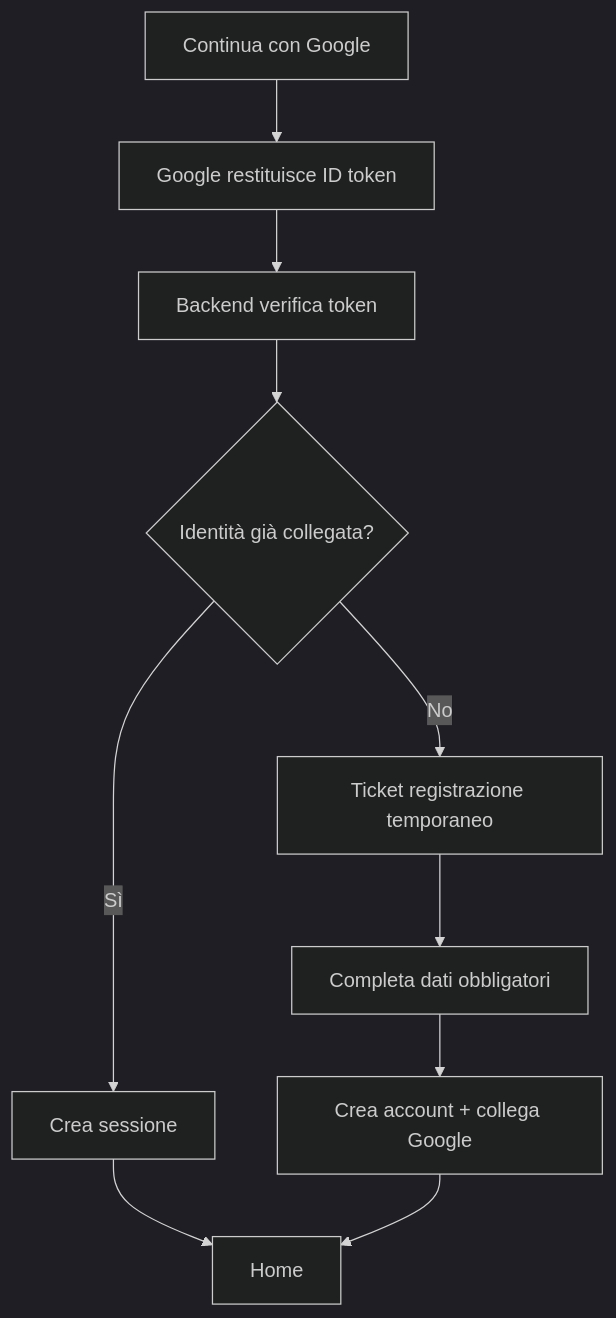
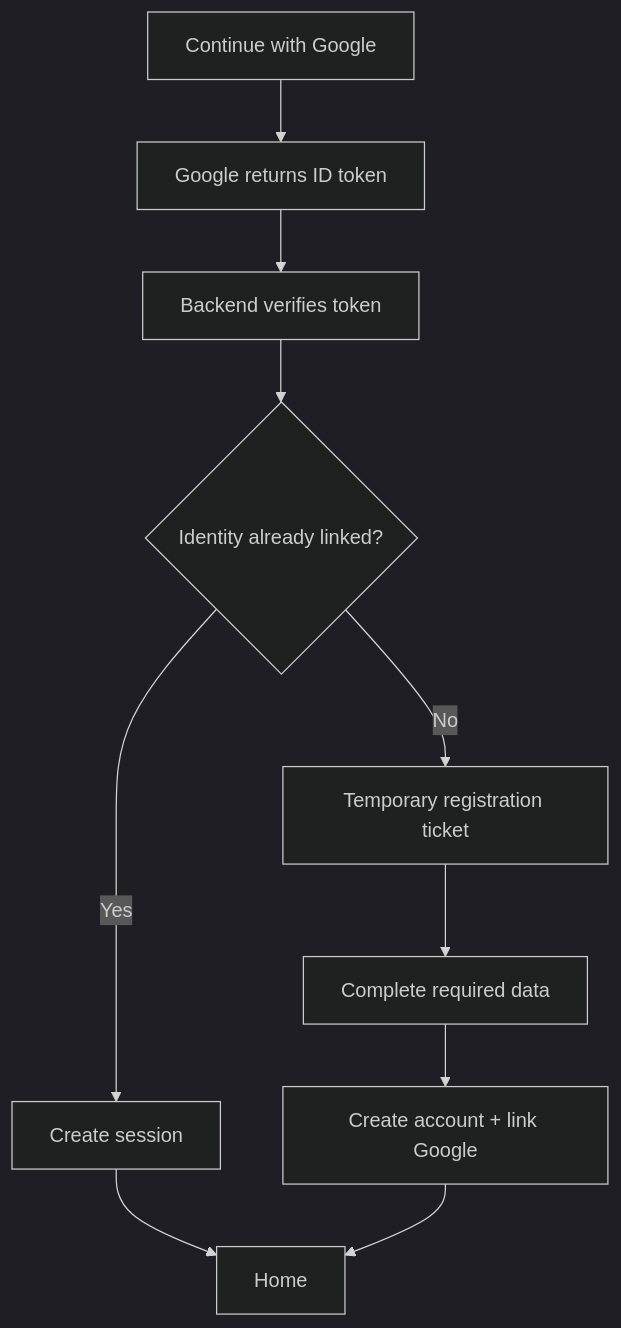
One commit to Dokjolly0/FinancialManager changed the second of 4 diagrams in plan.md. Above: the diagram before and after it, drawn with Mermaid (dark theme). The commit also changed other lines of this file and 2 other files, not shown here.

````diff
--- a/plan.md
+++ b/plan.md
@@ -871,12 +871,12 @@
 ```mermaid
 flowchart TD
-    A[Continua con Google] --> B[Google restituisce ID token]
-    B --> C[Backend verifica token]
-    C --> D{Identità già collegata?}
-    D -- Sì --> E[Crea sessione]
+    A[Continue with Google] --> B[Google returns ID token]
+    B --> C[Backend verifies token]
+    C --> D{Identity already linked?}
+    D -- Yes --> E[Create session]
     E --> F[Home]
-    D -- No --> G[Ticket registrazione temporaneo]
-    G --> H[Completa dati obbligatori]
-    H --> I[Crea account + collega Google]
+    D -- No --> G[Temporary registration ticket]
+    G --> H[Complete required data]
+    H --> I[Create account + link Google]
     I --> F
 ```
````
